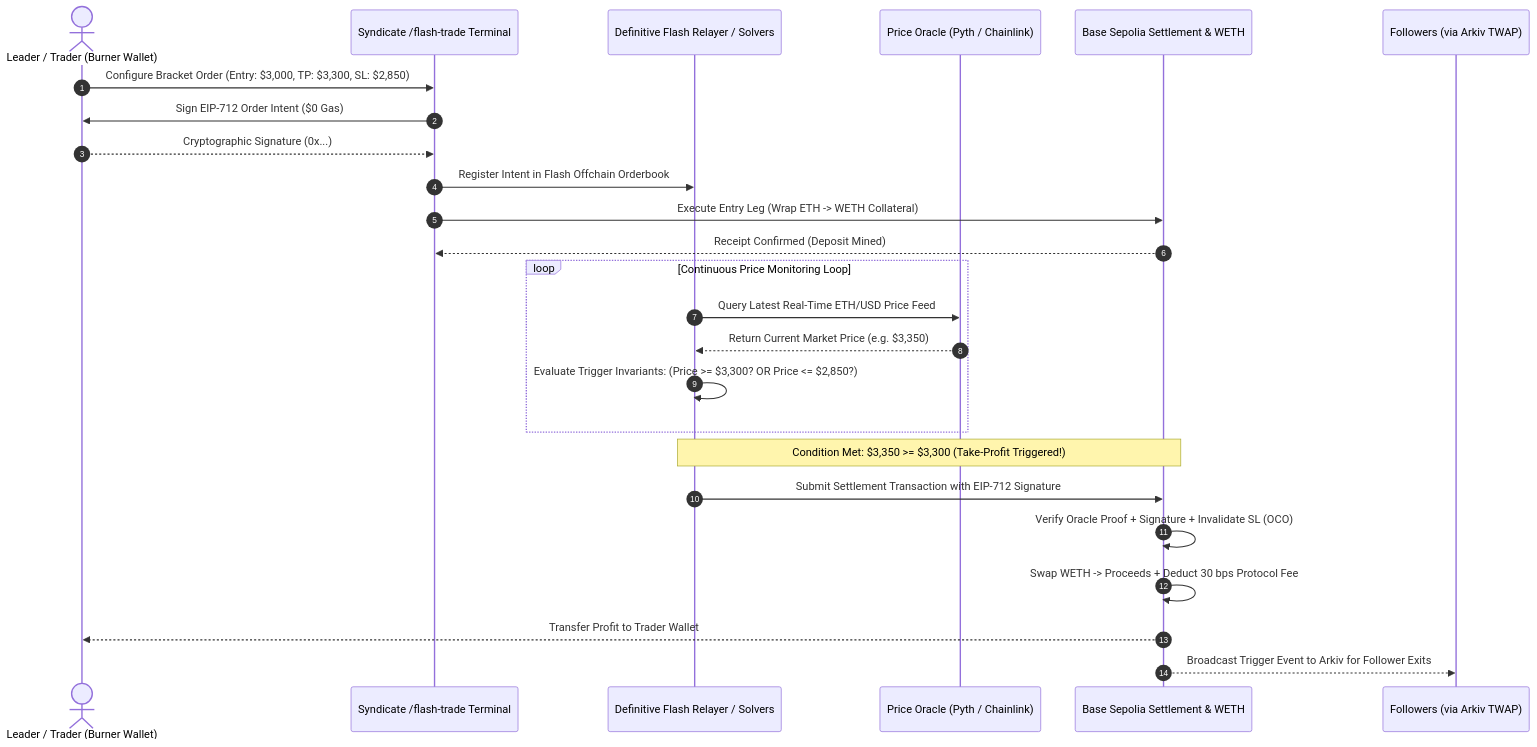
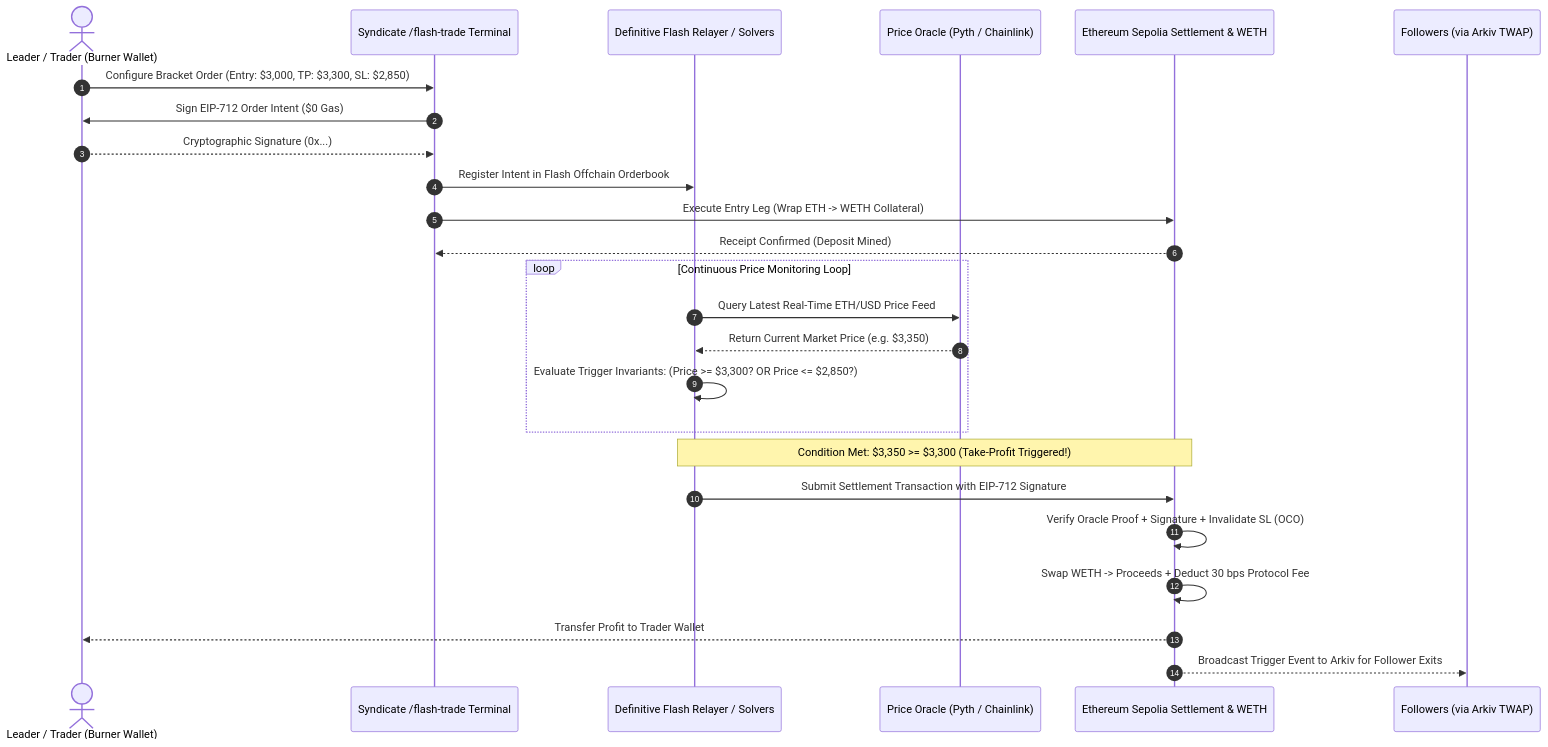
One commit to OmAvhad/syndicate changed the first of 3 diagrams in FLASH_TRADE_DOCS.md. Above: the diagram before and after it, drawn with Mermaid. The commit also changed other lines of this file and 2 other files, not shown here.

First line of the commit message:
feat(flash-trade): wire Sepolia two-leg swaps, FlashTradePool vault, and Base Mainnet prod mode

````diff
--- a/FLASH_TRADE_DOCS.md
+++ b/FLASH_TRADE_DOCS.md
@@ -242,30 +266,30 @@
 ```mermaid
 sequenceDiagram
     autonumber
     actor Trader as Leader / Trader (Burner Wallet)
     participant UI as Syndicate /flash-trade Terminal
     participant Flash as Definitive Flash Relayer / Solvers
     participant Oracle as Price Oracle (Pyth / Chainlink)
-    participant Base as Base Sepolia Settlement & WETH
+    participant Sepolia as Ethereum Sepolia Settlement & WETH
     participant Follower as Followers (via Arkiv TWAP)
 
     Trader->>UI: Configure Bracket Order (Entry: $3,000, TP: $3,300, SL: $2,850)
     UI->>Trader: Sign EIP-712 Order Intent ($0 Gas)
     Trader-->>UI: Cryptographic Signature (0x...)
     UI->>Flash: Register Intent in Flash Offchain Orderbook
-    UI->>Base: Execute Entry Leg (Wrap ETH -> WETH Collateral)
-    Base-->>UI: Receipt Confirmed (Deposit Mined)
+    UI->>Sepolia: Execute Entry Leg (Wrap ETH -> WETH Collateral)
+    Sepolia-->>UI: Receipt Confirmed (Deposit Mined)
 
     loop Continuous Price Monitoring Loop
         Flash->>Oracle: Query Latest Real-Time ETH/USD Price Feed
         Oracle-->>Flash: Return Current Market Price (e.g. $3,350)
         Flash->>Flash: Evaluate Trigger Invariants: (Price >= $3,300? OR Price <= $2,850?)
     end
 
-    Note over Flash,Base: Condition Met: $3,350 >= $3,300 (Take-Profit Triggered!)
-    Flash->>Base: Submit Settlement Transaction with EIP-712 Signature
-    Base->>Base: Verify Oracle Proof + Signature + Invalidate SL (OCO)
-    Base->>Base: Swap WETH -> Proceeds + Deduct 30 bps Protocol Fee
-    Base-->>Trader: Transfer Profit to Trader Wallet
-    Base-->>Follower: Broadcast Trigger Event to Arkiv for Follower Exits
+    Note over Flash,Sepolia: Condition Met: $3,350 >= $3,300 (Take-Profit Triggered!)
+    Flash->>Sepolia: Submit Settlement Transaction with EIP-712 Signature
+    Sepolia->>Sepolia: Verify Oracle Proof + Signature + Invalidate SL (OCO)
+    Sepolia->>Sepolia: Swap WETH -> Proceeds + Deduct 30 bps Protocol Fee
+    Sepolia-->>Trader: Transfer Profit to Trader Wallet
+    Sepolia-->>Follower: Broadcast Trigger Event to Arkiv for Follower Exits
 ```
````
